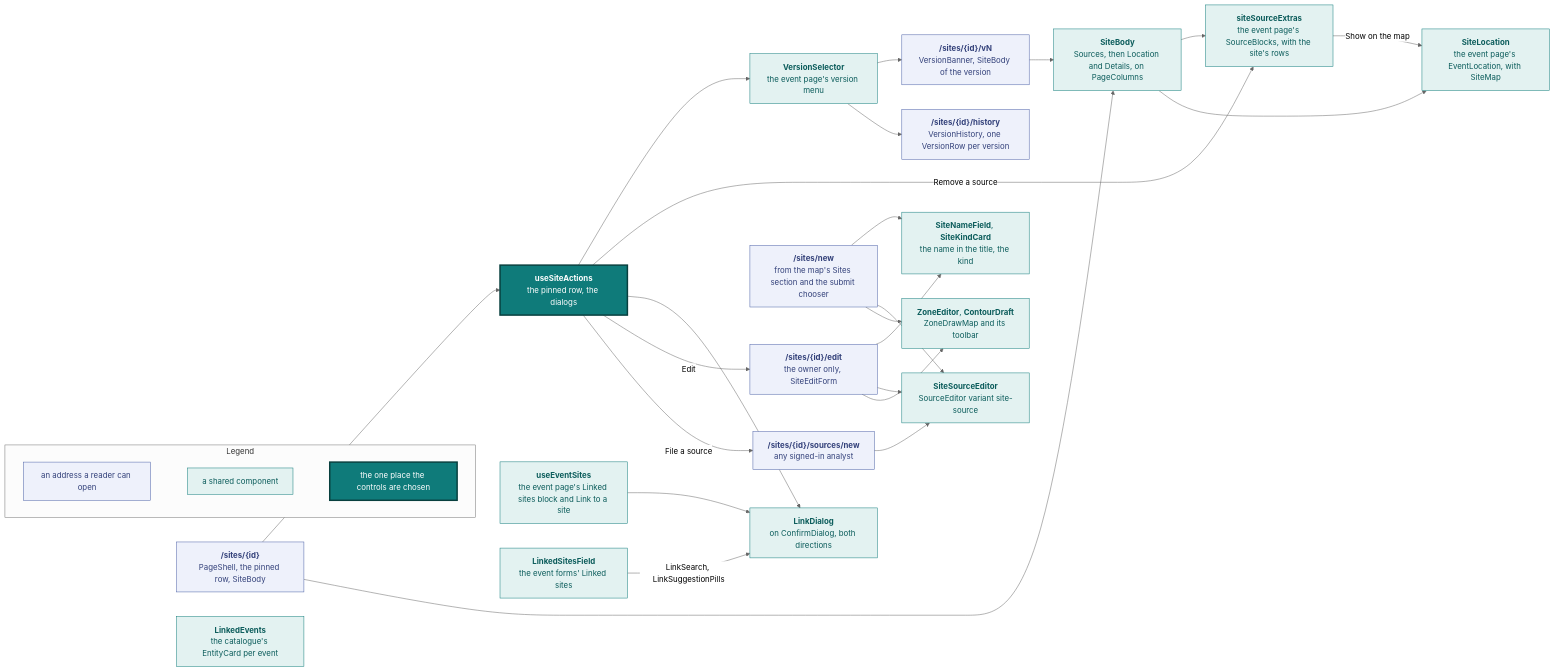
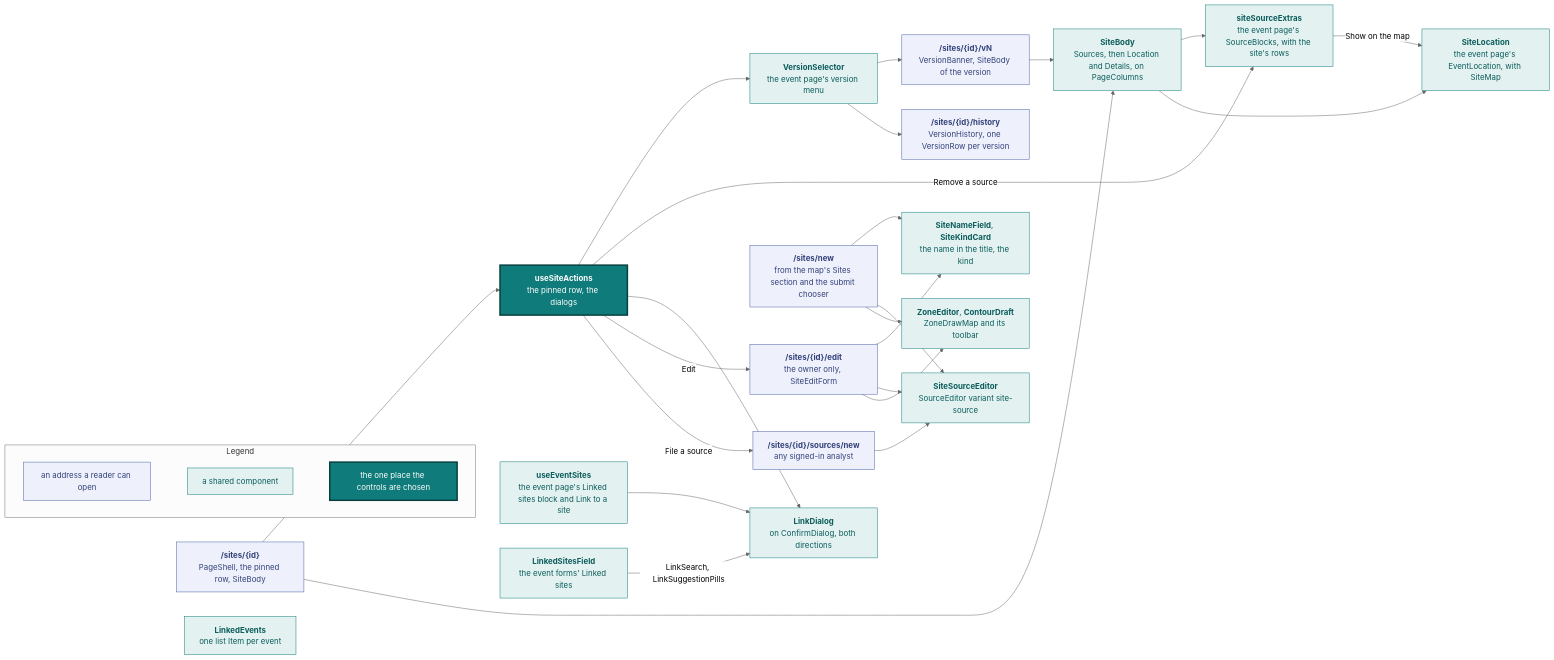
One commit to vidithq/vidit changed diagram 19 of 23 in docs/design.md. Above: the diagram before and after it, drawn with Mermaid (neutral theme). The commit also changed other lines of this file and 145 other files, not shown here.

First line of the commit message:
feat: one item, one filter panel, search by kind, sites as rings (#813)

````diff
--- a/docs/design.md
+++ b/docs/design.md
@@ -1765,74 +1867,74 @@
 ```mermaid
 flowchart LR
   classDef spec fill:#eef1fb,stroke:#4a5fa5,color:#33417a
   classDef shared fill:#e3f2f1,stroke:#0f7b7a,color:#0b5c5b
   classDef core fill:#0f7b7a,stroke:#083f3e,stroke-width:3px,color:#ffffff
 
   subgraph legend [Legend]
     direction LR
     l1["`an address a reader can open`"]:::spec
     l2["`a shared component`"]:::shared
     l3["`the one place the controls are chosen`"]:::core
     l1 ~~~ l2 ~~~ l3
   end
 
   page["`**/sites/{id}**
   PageShell, the pinned row, SiteBody`"]:::spec
   version["`**/sites/{id}/vN**
   VersionBanner, SiteBody of the version`"]:::spec
   history["`**/sites/{id}/history**
   VersionHistory, one VersionRow per version`"]:::spec
   edit["`**/sites/{id}/edit**
   the owner only, SiteEditForm`"]:::spec
   file["`**/sites/{id}/sources/new**
   any signed-in analyst`"]:::spec
   create["`**/sites/new**
   from the map's Sites section and the submit chooser`"]:::spec
   actions["`**useSiteActions**
   the pinned row, the dialogs`"]:::core
   body["`**SiteBody**
   Sources, then Location and Details, on PageColumns`"]:::shared
   selector["`**VersionSelector**
   the event page's version menu`"]:::shared
   card["`**siteSourceExtras**
   the event page's SourceBlocks, with the site's rows`"]:::shared
   zone["`**SiteLocation**
   the event page's EventLocation, with SiteMap`"]:::shared
   linked["`**LinkedEvents**
-  the catalogue's EntityCard per event`"]:::shared
+  one list Item per event`"]:::shared
   dialog["`**LinkDialog**
   on ConfirmDialog, both directions`"]:::shared
   fields["`**SiteNameField**, **SiteKindCard**
   the name in the title, the kind`"]:::shared
   sourceEd["`**SiteSourceEditor**
   SourceEditor variant site-source`"]:::shared
   zoneed["`**ZoneEditor**, **ContourDraft**
   ZoneDrawMap and its toolbar`"]:::shared
   event["`**useEventSites**
   the event page's Linked sites block and Link to a site`"]:::shared
   eventform["`**LinkedSitesField**
   the event forms' Linked sites`"]:::shared
 
   page --> actions
   page --> body
   version --> body
   body --> card
   body --> zone
   card -->|"Show on the map"| zone
   actions --> selector
   actions -->|"Remove a source"| card
   actions --> dialog
   event --> dialog
   eventform -->|"LinkSearch, LinkSuggestionPills"| dialog
   selector --> version
   selector --> history
   actions -->|"Edit"| edit
   actions -->|"File a source"| file
   edit --> fields
   edit --> sourceEd
   edit --> zoneed
   create --> fields
   create --> sourceEd
   create --> zoneed
   file --> sourceEd
 ```
````
